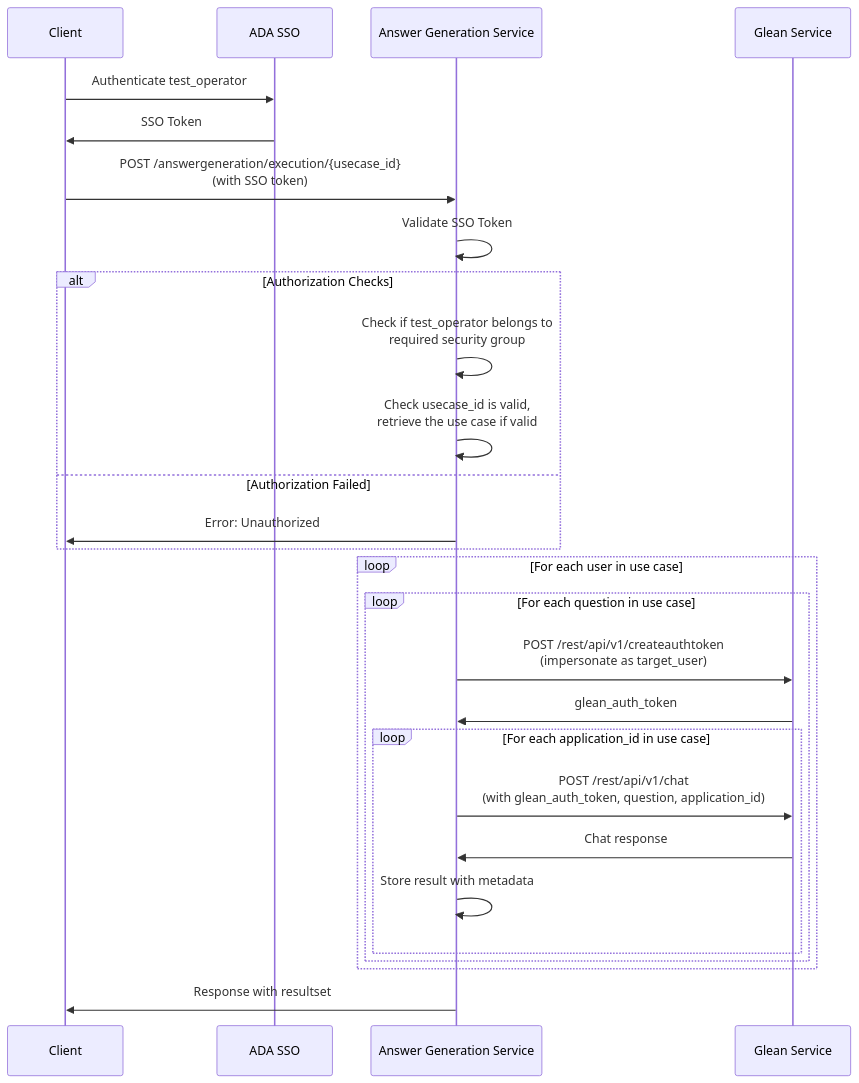
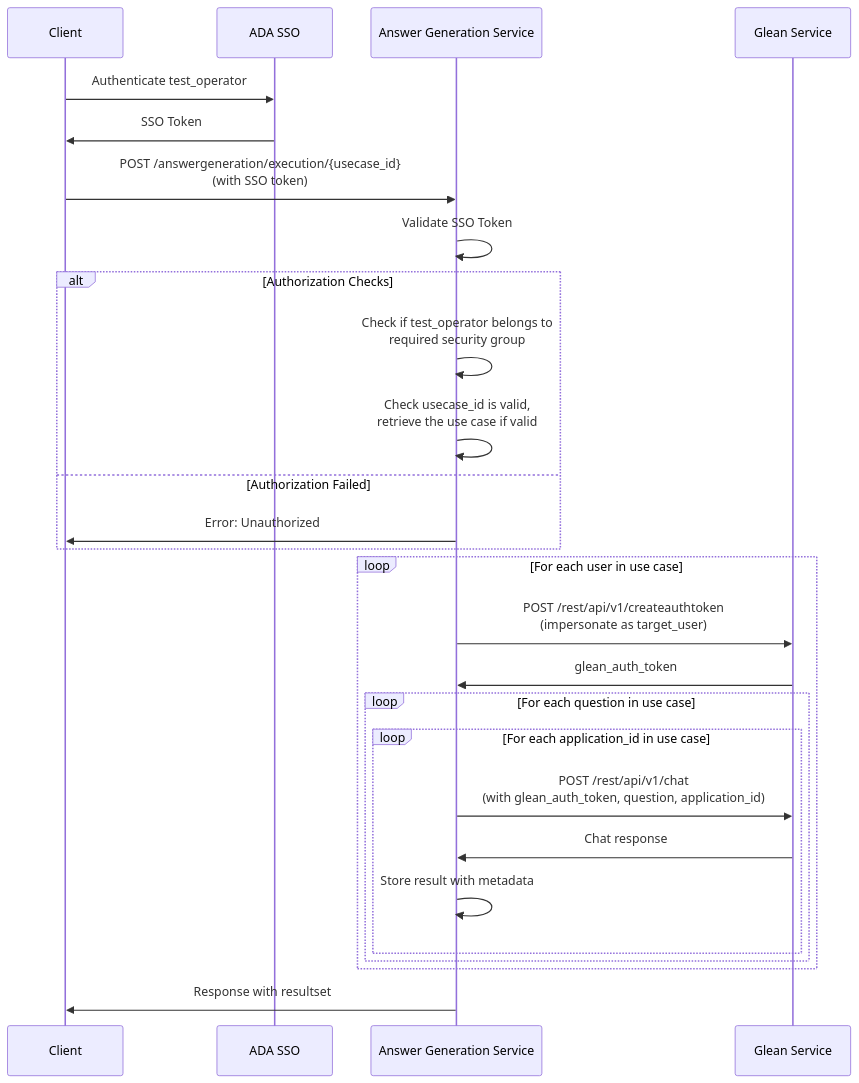
The second of 2 diagrams in answer-generation-architecture.md (andrewhzy/test-automation), drawn with Mermaid before and after one commit. The commit also changed other lines of this file, not shown here.

````diff
--- a/answer-generation-architecture.md
+++ b/answer-generation-architecture.md
@@ -50,33 +48,33 @@
 ```mermaid
 sequenceDiagram
     participant C as Client
     participant SSO as ADA SSO
     participant TA as Answer Generation Service
     participant G as Glean Service
     
     C->>SSO: Authenticate test_operator
     SSO->>C: SSO Token
     C->>TA: POST /answergeneration/execution/{usecase_id} <br/>(with SSO token)
     TA->>TA: Validate SSO Token
     
     alt Authorization Checks
         TA->>TA: Check if test_operator belongs to <br/>required security group
         TA->>TA: Check usecase_id is valid, <br/> retrieve the use case if valid
     else Authorization Failed
         TA->>C: Error: Unauthorized
     end
     
     loop For each user in use case
+        TA->>G: POST /rest/api/v1/createauthtoken <br/>(impersonate as target_user)
+        G->>TA: glean_auth_token
         loop For each question in use case
-            TA->>G: POST /rest/api/v1/createauthtoken <br/>(impersonate as target_user)
-            G->>TA: glean_auth_token
             loop For each application_id in use case
                 TA->>G: POST /rest/api/v1/chat<br/> (with glean_auth_token, question, application_id)
                 G->>TA: Chat response
                 TA->>TA: Store result with metadata
             end
         end
     end
 
     TA->>C: Response with resultset
 ```
````
